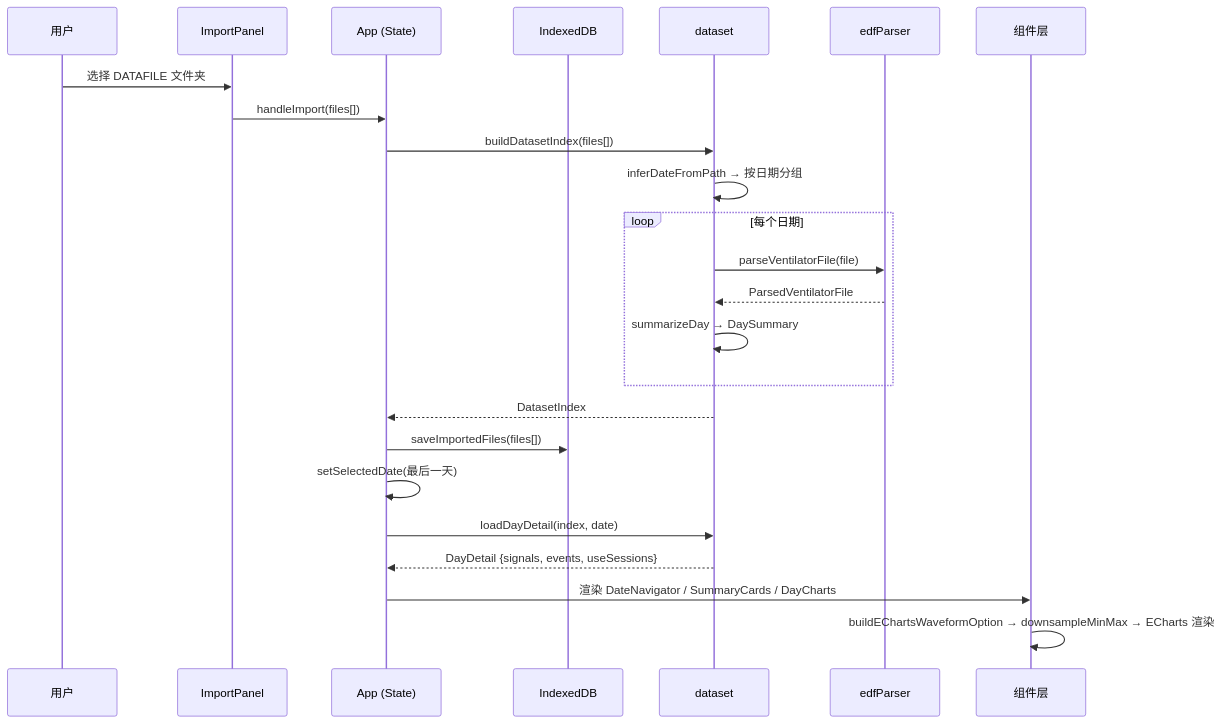
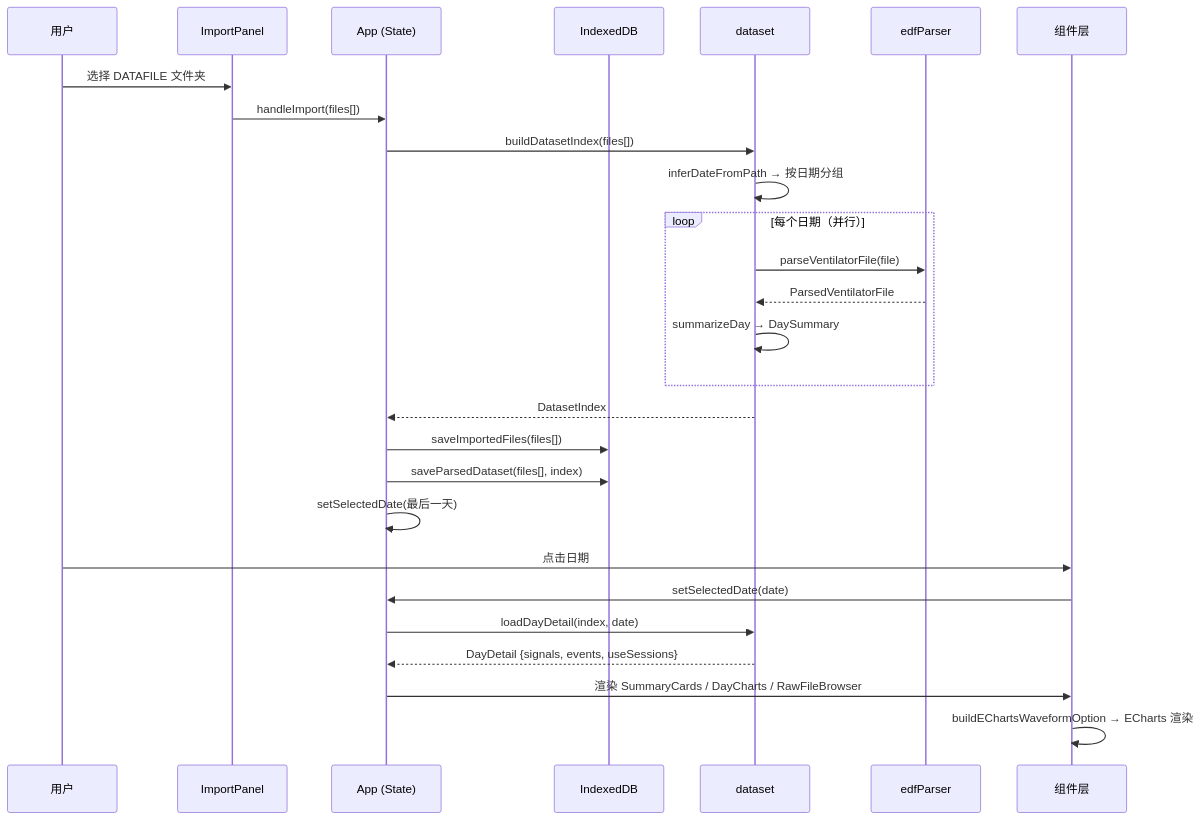
One commit to Xy2002/lepu-ventilator-data-visualizer changed the second of 2 diagrams in docs/architecture.md. Above: the diagram before and after it, drawn with Mermaid. The commit also changed other lines of this file and 2 other files, not shown here.

First line of the commit message:
docs: rewrite architecture, data-format, and components documentation

````diff
--- a/docs/architecture.md
+++ b/docs/architecture.md
@@ -38,29 +40,31 @@
 ```mermaid
 sequenceDiagram
     participant User as 用户
     participant IP as ImportPanel
     participant App as App (State)
     participant Cache as IndexedDB
     participant DS as dataset
     participant Parser as edfParser
     participant UI as 组件层
 
     User->>IP: 选择 DATAFILE 文件夹
     IP->>App: handleImport(files[])
     App->>DS: buildDatasetIndex(files[])
     DS->>DS: inferDateFromPath → 按日期分组
-    loop 每个日期
+    loop 每个日期（并行）
         DS->>Parser: parseVentilatorFile(file)
         Parser-->>DS: ParsedVentilatorFile
         DS->>DS: summarizeDay → DaySummary
     end
     DS-->>App: DatasetIndex
     App->>Cache: saveImportedFiles(files[])
+    App->>Cache: saveParsedDataset(files[], index)
     App->>App: setSelectedDate(最后一天)
 
+    User->>UI: 点击日期
+    UI->>App: setSelectedDate(date)
     App->>DS: loadDayDetail(index, date)
     DS-->>App: DayDetail {signals, events, useSessions}
-
-    App->>UI: 渲染 DateNavigator / SummaryCards / DayCharts
-    UI->>UI: buildEChartsWaveformOption → downsampleMinMax → ECharts 渲染
+    App->>UI: 渲染 SummaryCards / DayCharts / RawFileBrowser
+    UI->>UI: buildEChartsWaveformOption → ECharts 渲染
 ```
````
